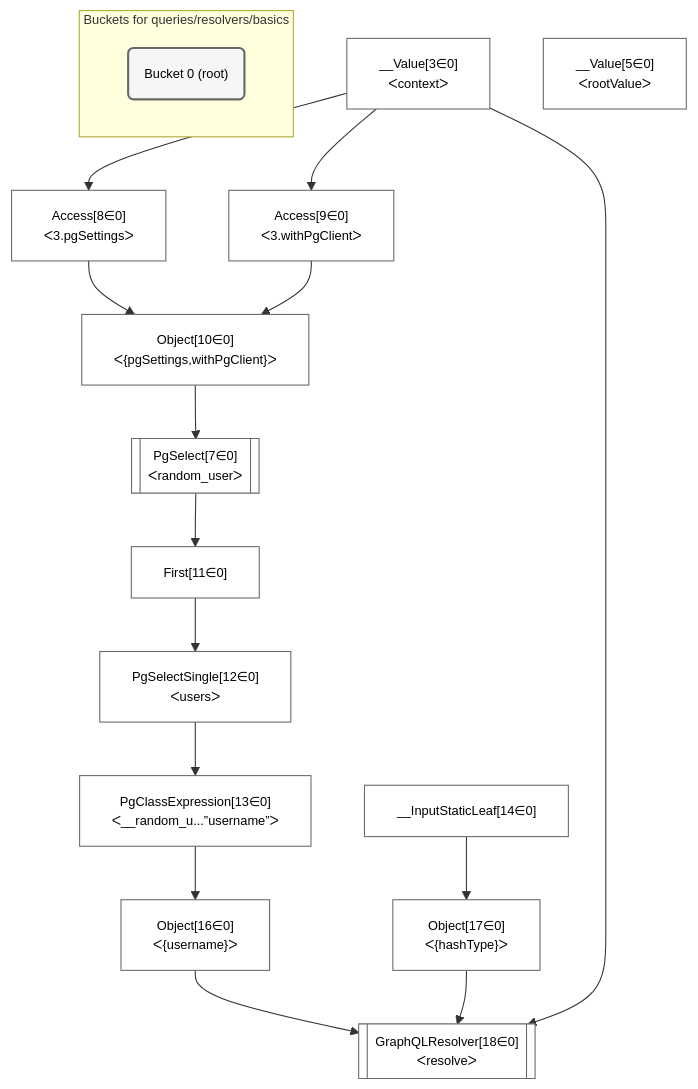
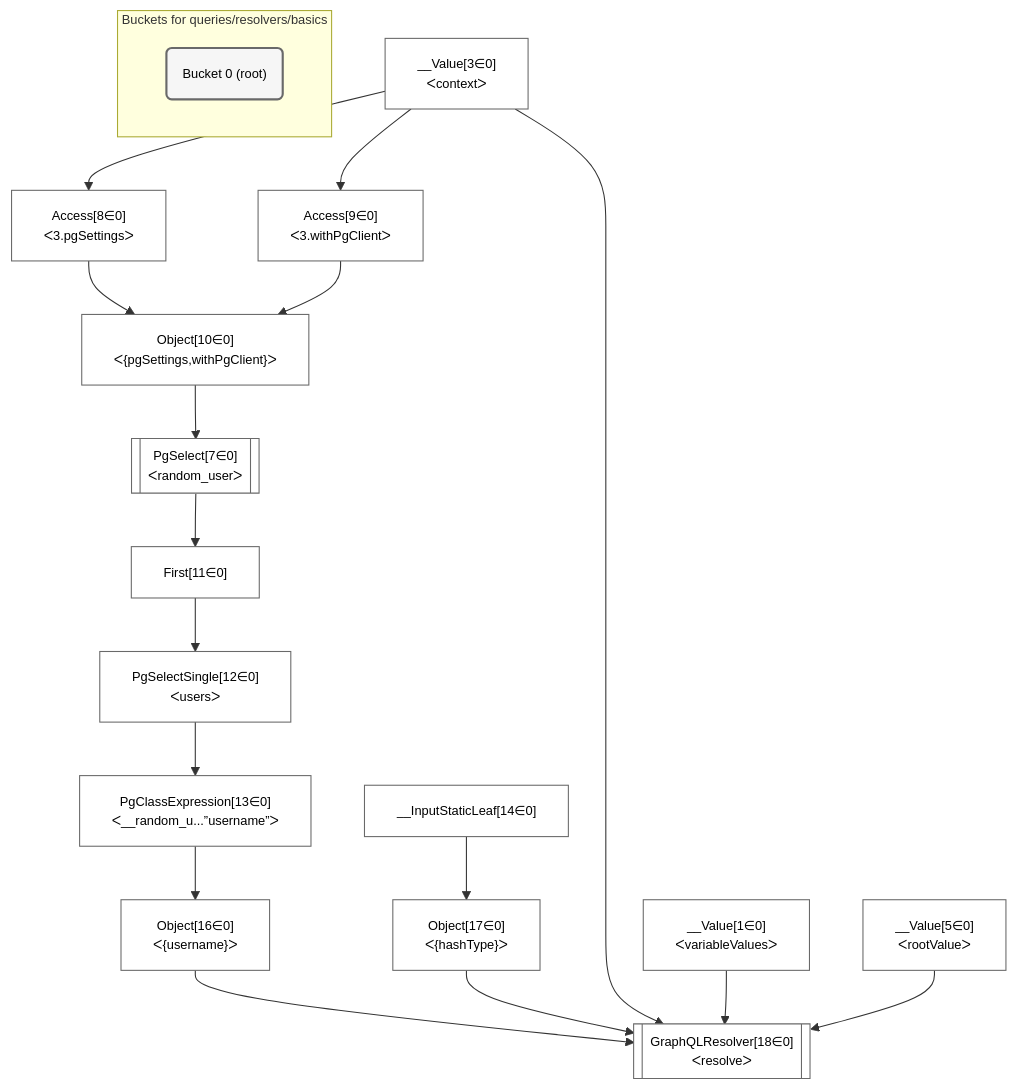
One commit to graphile/crystal changed the diagram in grafast/dataplan-pg/__tests__/queries/resolvers/basics.mermaid. Above: the diagram before and after it, drawn with Mermaid. The commit also changed 3 other files, not shown here.

```diff
--- a/grafast/dataplan-pg/__tests__/queries/resolvers/basics.mermaid
+++ b/grafast/dataplan-pg/__tests__/queries/resolvers/basics.mermaid
@@ -1,41 +1,42 @@
 %%{init: {'themeVariables': { 'fontSize': '12px'}}}%%
 graph TD
     classDef path fill:#eee,stroke:#000,color:#000
     classDef plan fill:#fff,stroke-width:1px,color:#000
     classDef itemplan fill:#fff,stroke-width:2px,color:#000
     classDef sideeffectplan fill:#f00,stroke-width:2px,color:#000
     classDef bucket fill:#f6f6f6,color:#000,stroke-width:2px,text-align:left
 
 
     %% define steps
+    __Value1["__Value[1∈0]<br />ᐸvariableValuesᐳ"]:::plan
     __Value3["__Value[3∈0]<br />ᐸcontextᐳ"]:::plan
     __Value5["__Value[5∈0]<br />ᐸrootValueᐳ"]:::plan
     Access8["Access[8∈0]<br />ᐸ3.pgSettingsᐳ"]:::plan
     Access9["Access[9∈0]<br />ᐸ3.withPgClientᐳ"]:::plan
     Object10["Object[10∈0]<br />ᐸ{pgSettings,withPgClient}ᐳ"]:::plan
     PgSelect7[["PgSelect[7∈0]<br />ᐸrandom_userᐳ"]]:::plan
     First11["First[11∈0]"]:::plan
     PgSelectSingle12["PgSelectSingle[12∈0]<br />ᐸusersᐳ"]:::plan
     PgClassExpression13["PgClassExpression[13∈0]<br />ᐸ__random_u...”username”ᐳ"]:::plan
     __InputStaticLeaf14["__InputStaticLeaf[14∈0]"]:::plan
     Object16["Object[16∈0]<br />ᐸ{username}ᐳ"]:::plan
     Object17["Object[17∈0]<br />ᐸ{hashType}ᐳ"]:::plan
     GraphQLResolver18[["GraphQLResolver[18∈0]<br />ᐸresolveᐳ"]]:::plan
 
     %% plan dependencies
     __Value3 --> Access8
     __Value3 --> Access9
     Access8 & Access9 --> Object10
     Object10 --> PgSelect7
     PgSelect7 --> First11
     First11 --> PgSelectSingle12
     PgSelectSingle12 --> PgClassExpression13
     PgClassExpression13 --> Object16
     __InputStaticLeaf14 --> Object17
-    Object16 & Object17 & __Value3 --> GraphQLResolver18
+    Object16 & Object17 & __Value3 & __Value1 & __Value5 --> GraphQLResolver18
 
     subgraph "Buckets for queries/resolvers/basics"
     Bucket0("Bucket 0 (root)"):::bucket
     classDef bucket0 stroke:#696969
-    class Bucket0,__Value3,__Value5,PgSelect7,Access8,Access9,Object10,First11,PgSelectSingle12,PgClassExpression13,__InputStaticLeaf14,Object16,Object17,GraphQLResolver18 bucket0
+    class Bucket0,__Value1,__Value3,__Value5,PgSelect7,Access8,Access9,Object10,First11,PgSelectSingle12,PgClassExpression13,__InputStaticLeaf14,Object16,Object17,GraphQLResolver18 bucket0
     end
```
